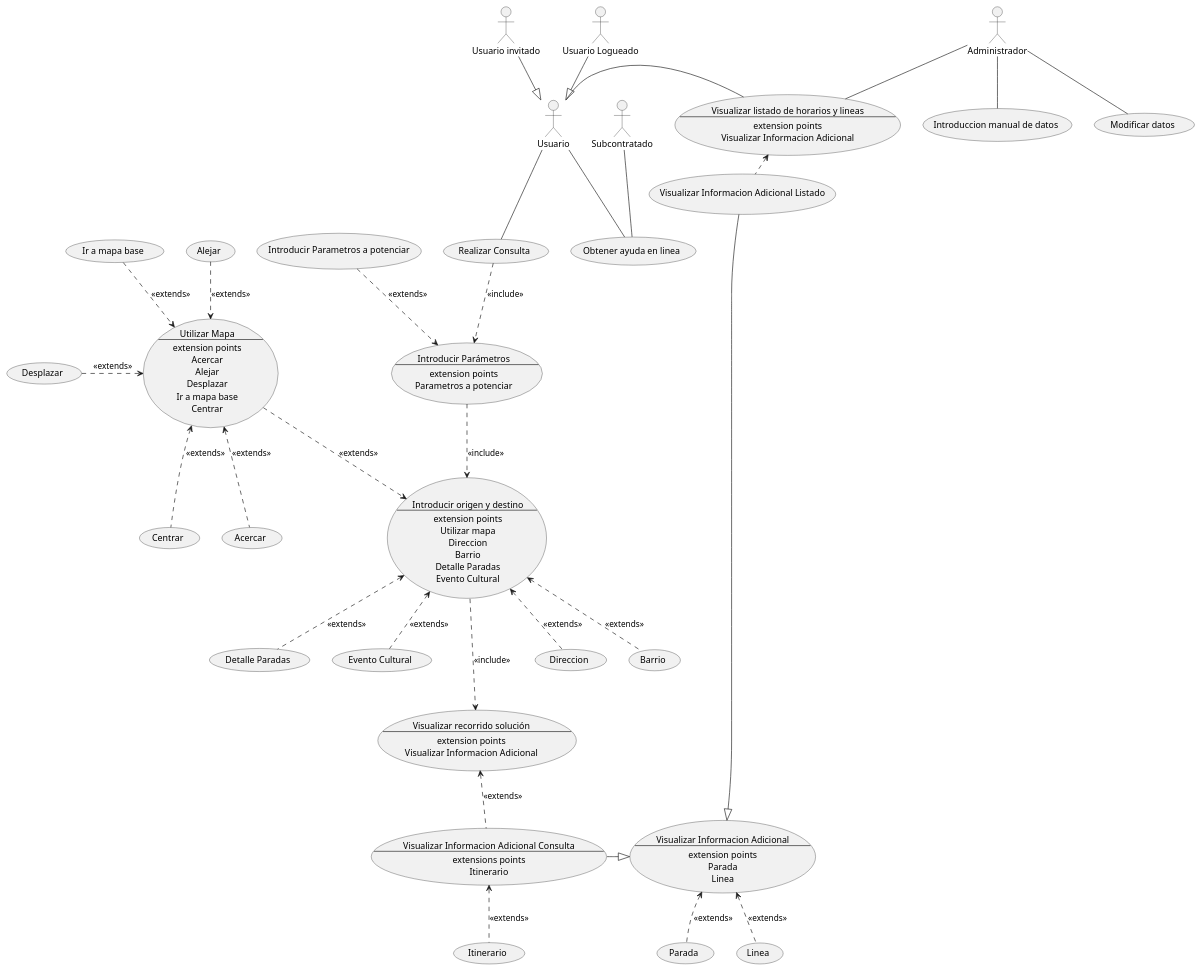
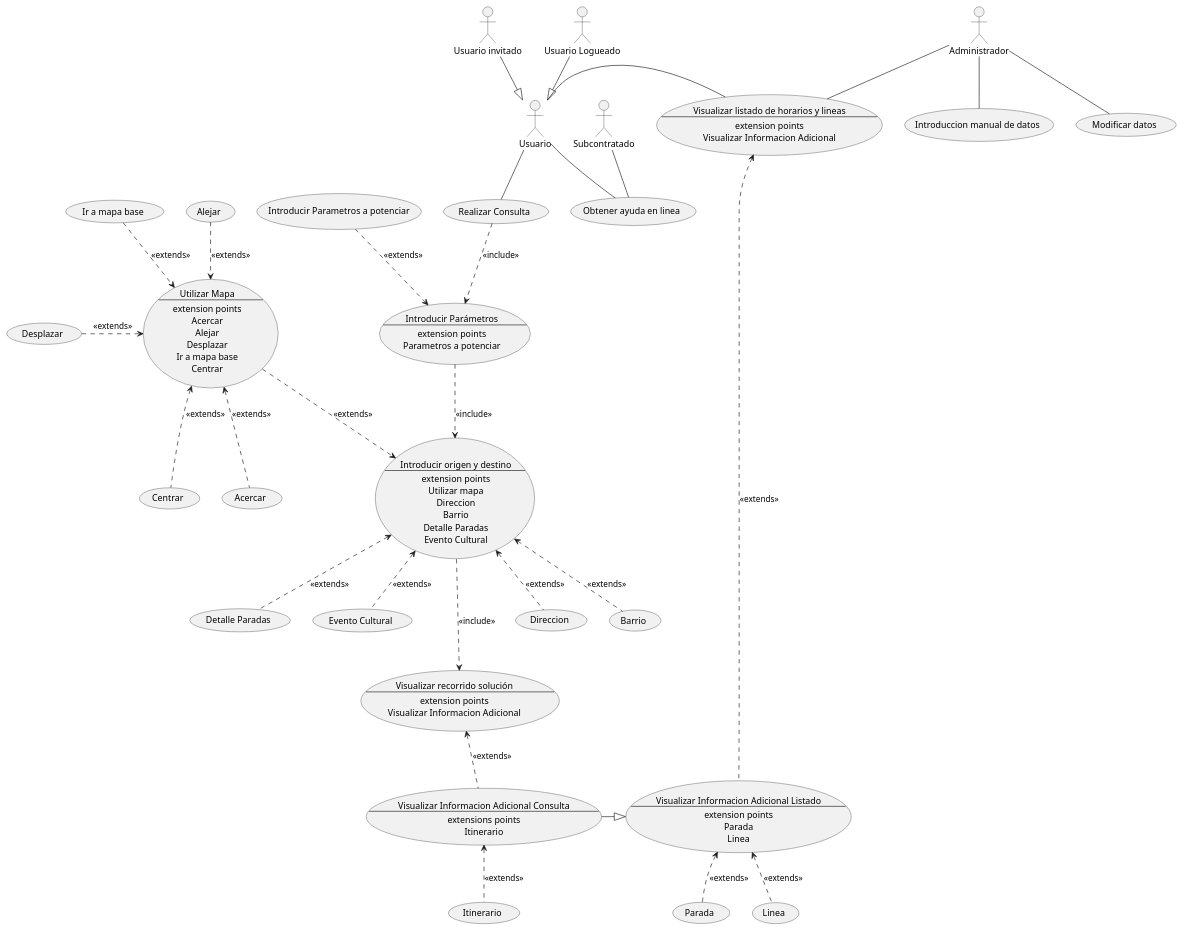
The diagram in Proyecto/source/SIIT.puml (cgg734/INRE-UAL-MORADO-2022-2023), drawn with PlantUML before and after one commit. The commit also changed 1 other file, not shown here.

Commit message:
Actualizacion diagrama SIIT

```diff
--- a/Proyecto/source/SIIT.puml
+++ b/Proyecto/source/SIIT.puml
@@ -1,123 +1,121 @@
 @startuml SIIT
 actor UI as "Usuario invitado"
 actor UL as "Usuario Logueado"
 actor Usuario
 actor Subcontratado
 actor Administrador
 
 
 usecase (Modificar) as "Modificar datos"
 usecase (Introducir) as "Introduccion manual de datos"
 
 
 
 
 UI--|>Usuario
 UL--|>Usuario
 
 usecase (Ayuda) as  "Obtener ayuda en linea"
 usecase (Consulta) as "Realizar Consulta"
 usecase Horarios as "Visualizar listado de horarios y lineas
 --
 extension points
 Visualizar Informacion Adicional"
 usecase (Potenciar) as "Introducir Parametros a potenciar"
 usecase Origen as "Introducir origen y destino
 --
 extension points
 Utilizar mapa
 Direccion
 Barrio
 Detalle Paradas
 Evento Cultural"
 
 
 usecase (Direccion) as "Direccion"
 usecase (Barrio) as "Barrio"
 usecase (Detalle) as "Detalle Paradas"
 usecase (Evento) as "Evento Cultural"
 usecase Mapa as "Utilizar Mapa
 --
 extension points
 Acercar
 Alejar
 Desplazar
 Ir a mapa base
 Centrar
 "
 
 usecase (Acercar) as "Acercar"
 usecase (Alejar) as "Alejar"
 usecase (Desplazar) as "Desplazar"
 usecase (MapaB) as "Ir a mapa base"
 usecase (Centrar) as "Centrar"
 
 
 (Origen)<.up.(Mapa) : <<extends>>
 (Origen)<..(Direccion) : <<extends>>
 (Origen)<..(Barrio) : <<extends>>
 (Origen)<..(Detalle) : <<extends>>
 (Origen)<..(Evento) : <<extends>>
 
 
 (Mapa)<..(Acercar) : <<extends>>
 (Mapa)<.up.(Alejar) : <<extends>>
 (Mapa)<.left.(Desplazar) : <<extends>>
 (Mapa)<.up.(MapaB) : <<extends>>
 (Mapa)<..(Centrar) : <<extends>>
 
 
 
 Administrador--Modificar
 Administrador--Introducir
 Administrador--Horarios
 
 
 usecase Parametros as "Introducir Parámetros
 --
 extension points
 Parametros a potenciar
 "
 
 Usuario-right-Horarios
 Usuario--Consulta
 Usuario--Ayuda
 Subcontratado--Ayuda
 
 (Consulta)..>(Parametros) : <<include>> 
 (Parametros)..>(Origen) : <<include>> 
 (Parametros)<.up.(Potenciar) : <<extends>>
 
 
 
 usecase Solucion as "Visualizar recorrido solución
 --
 extension points
 Visualizar Informacion Adicional"
 
-usecase (MostrarInfoList) as "Visualizar Informacion Adicional Listado"
+usecase MostrarInfoList as "Visualizar Informacion Adicional Listado
+--
+extension points
+Parada
+Linea"
 usecase MostrarInfoConsulta as "Visualizar Informacion Adicional Consulta
 --
 extensions points
 Itinerario"
-
-usecase MostrarInfo as "Visualizar Informacion Adicional
---
-extension points
-Parada
-Linea"
 
 
 (Origen)...>(Solucion) : <<include>> 
 (Solucion)<..MostrarInfoConsulta : <<extends>>
 (Horarios)<.right.(MostrarInfoList) : <<extends>>
 
-(MostrarInfoList)--|>MostrarInfo
-(MostrarInfoConsulta)-right-|>MostrarInfo
 
-(MostrarInfo)<..(Parada) : <<extends>>
-(MostrarInfo)<..(Linea) : <<extends>>
+(MostrarInfoConsulta)-right-|>(MostrarInfoList)
+
+(MostrarInfoList)<..(Parada) : <<extends>>
+(MostrarInfoList)<..(Linea) : <<extends>>
 (MostrarInfoConsulta)<..(Itinerario) : <<extends>>
 
 
 @enduml
```
